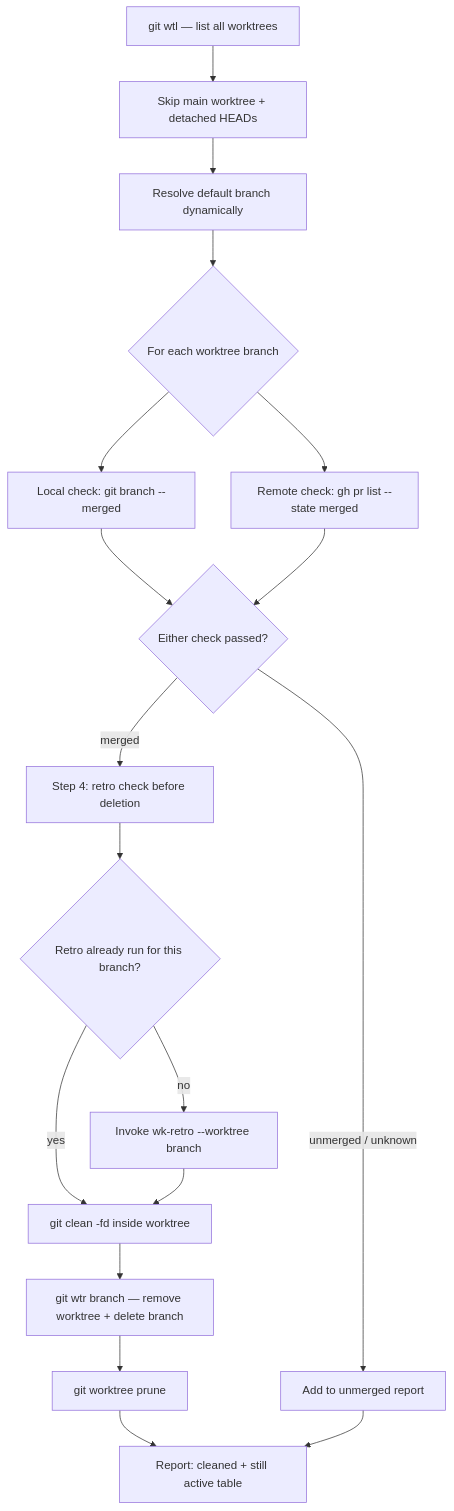
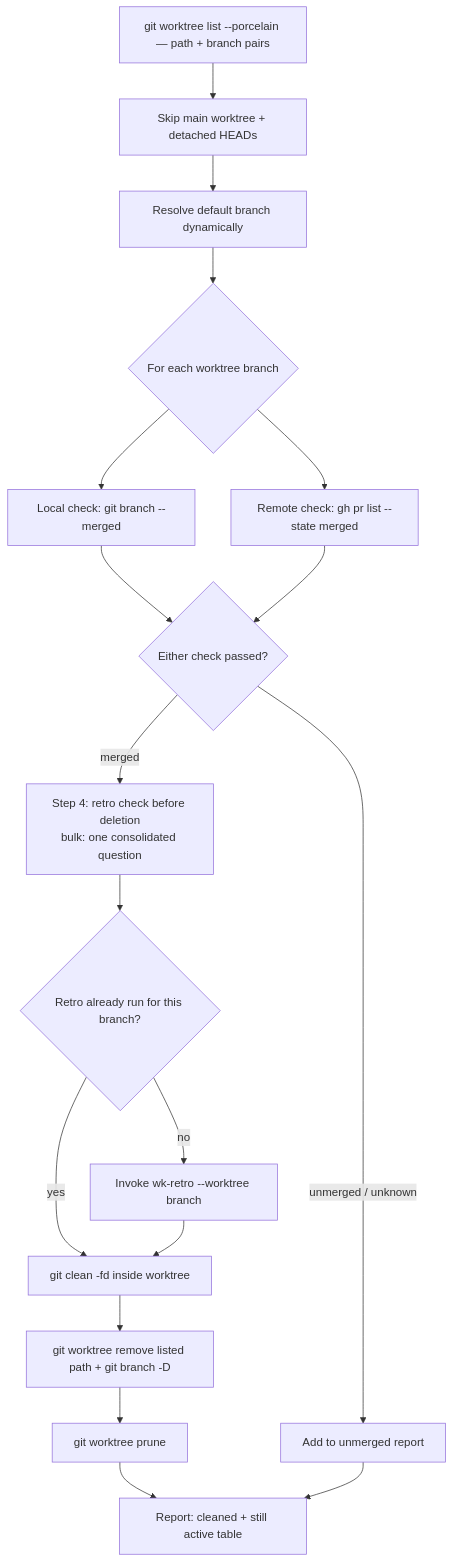
The diagram in skills/worktree-cleanup/README.md (whizzzkid/skills), drawn with Mermaid before and after one commit. The commit also changed other lines of this file and 9 other files, not shown here.

First line of the commit message:
feat(worktree-cleanup): 🛡️ remove worktrees by listed path, batch retro on bulk sweeps

````diff
--- a/skills/worktree-cleanup/README.md
+++ b/skills/worktree-cleanup/README.md
@@ -16,20 +16,20 @@
 ```mermaid
 flowchart TD
-    A[git wtl — list all worktrees] --> B[Skip main worktree + detached HEADs]
+    A["git worktree list --porcelain — path + branch pairs"] --> B[Skip main worktree + detached HEADs]
     B --> C[Resolve default branch dynamically]
     C --> D{For each worktree branch}
     D --> E[Local check: git branch --merged]
     D --> F[Remote check: gh pr list --state merged]
     E & F --> G{Either check passed?}
-    G -->|merged| H[Step 4: retro check before deletion]
+    G -->|merged| H[Step 4: retro check before deletion<br/>bulk: one consolidated question]
     G -->|unmerged / unknown| I[Add to unmerged report]
     H --> H1{Retro already run for this branch?}
     H1 -->|yes| J[git clean -fd inside worktree]
     H1 -->|no| K[Invoke wk-retro --worktree branch]
     K --> J
-    J --> L[git wtr branch — remove worktree + delete branch]
+    J --> L["git worktree remove listed path + git branch -D"]
     L --> M[git worktree prune]
     M --> N[Report: cleaned + still active table]
     I --> N
     click K href "https://github.com/whizzzkid/skills/blob/main/skills/retro/README.md" _blank
 ```
````
